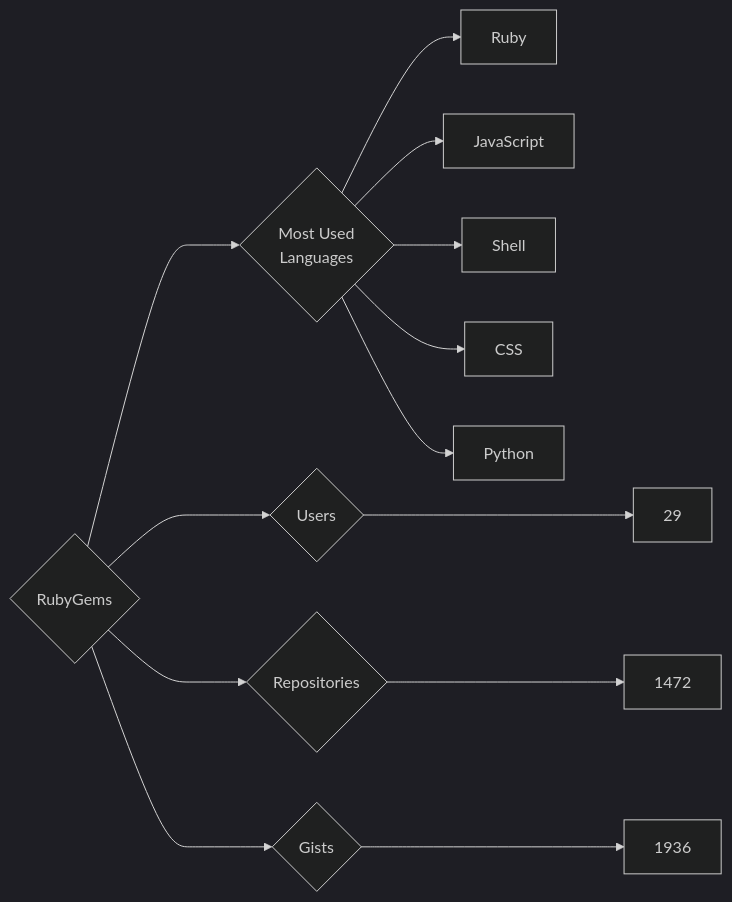
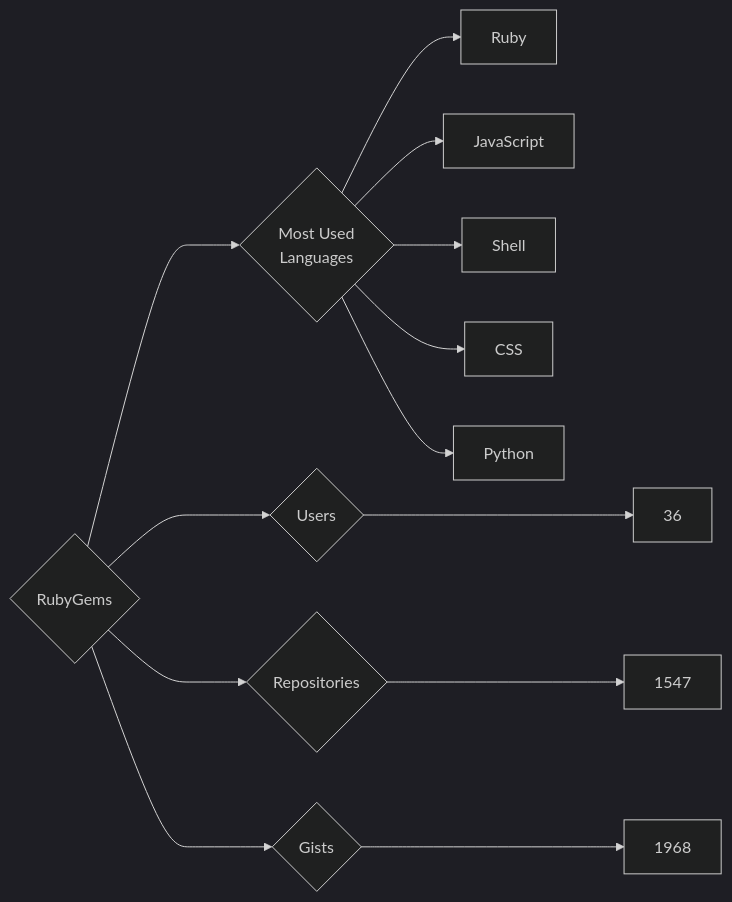
The diagram in targets/RubyGems/README.md (trickest/insiders), drawn with Mermaid (dark theme) before and after one commit. The commit also changed 1696 other files, not shown here.

````diff
--- a/targets/RubyGems/README.md
+++ b/targets/RubyGems/README.md
@@ -3,13 +3,13 @@
 ```mermaid
 graph LR
 COMPANY_NAME{RubyGems}
-COMPANY_NAME ---> U{Users} ---> UN[29]
-COMPANY_NAME ---> R{Repositories} ---> RN[1472]
-COMPANY_NAME ---> G{Gists} ---> GN[1936]
+COMPANY_NAME ---> U{Users} ---> UN[36]
+COMPANY_NAME ---> R{Repositories} ---> RN[1547]
+COMPANY_NAME ---> G{Gists} ---> GN[1968]
 COMPANY_NAME ---> ML{Most Used<br>Languages}
 ML --> Ruby[Ruby]
 ML --> JavaScript[JavaScript]
 ML --> Shell[Shell]
 ML --> CSS[CSS]
 ML --> Python[Python]
 ```
````
